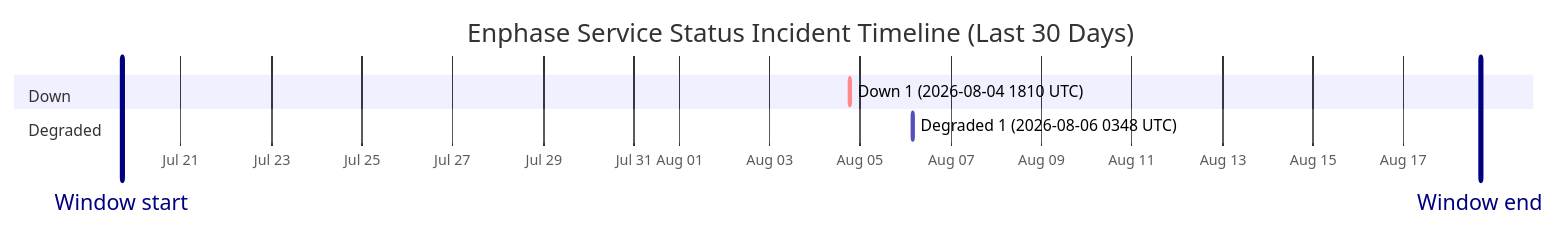
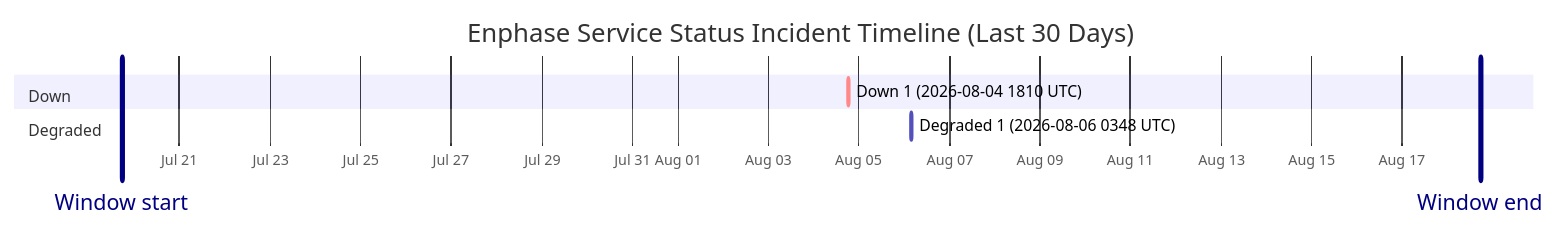
One commit to barneyonline/ha-enphase-energy changed the diagram in wiki/Service-Status-History.md. Above: the diagram before and after it, drawn with Mermaid. The commit also changed other lines of this file and 3 other files, not shown here.

````diff
--- a/wiki/Service-Status-History.md
+++ b/wiki/Service-Status-History.md
@@ -14,12 +14,12 @@
 ```mermaid
 gantt
     title Enphase Service Status Incident Timeline (Last 30 Days)
     dateFormat  YYYY-MM-DDTHH:mm:ss
     axisFormat  %b %d
-    Window start :vert, window-start, 2026-07-19T16:39:33, 0ms
-    Window end :vert, window-end, 2026-08-18T16:39:33, 0ms
+    Window start :vert, window-start, 2026-07-19T17:24:46, 0ms
+    Window end :vert, window-end, 2026-08-18T17:24:46, 0ms
     section Down
     Down 1 (2026-08-04 1810 UTC) :crit, down-1, 2026-08-04T18:10:46, 60m
     section Degraded
     Degraded 1 (2026-08-06 0348 UTC) :active, degraded-1, 2026-08-06T03:48:14, 60m
 ```
````
